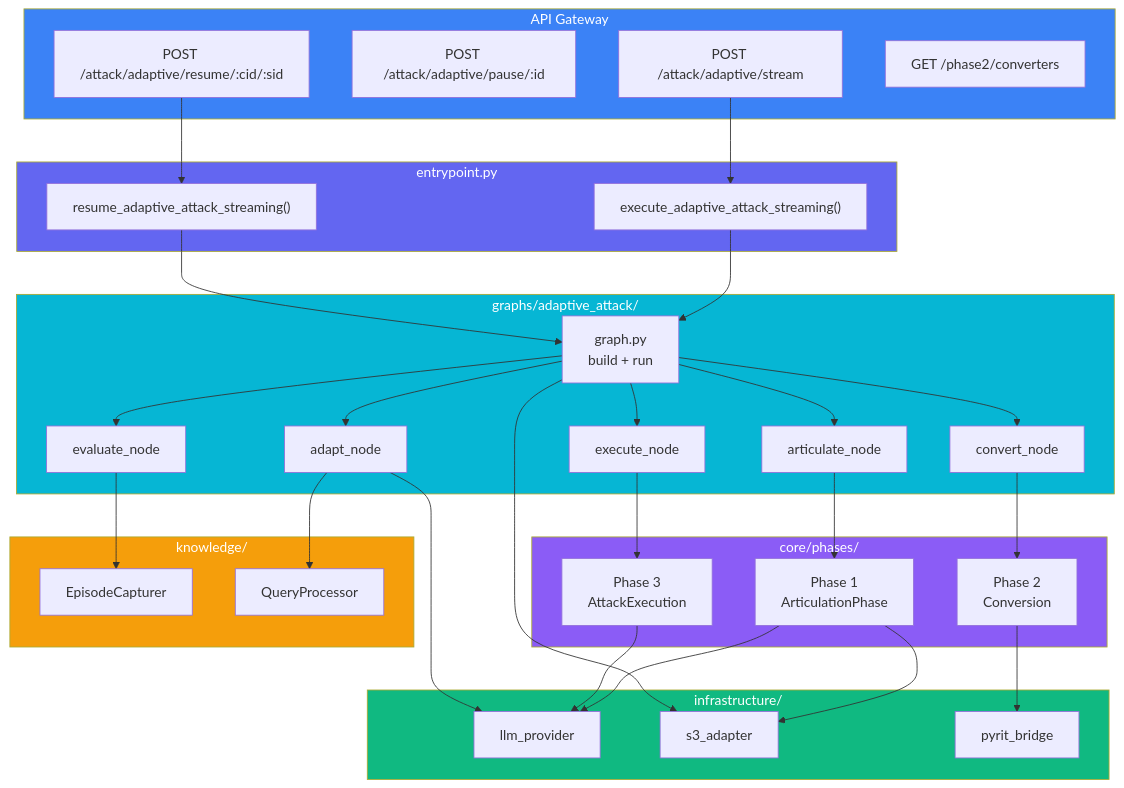
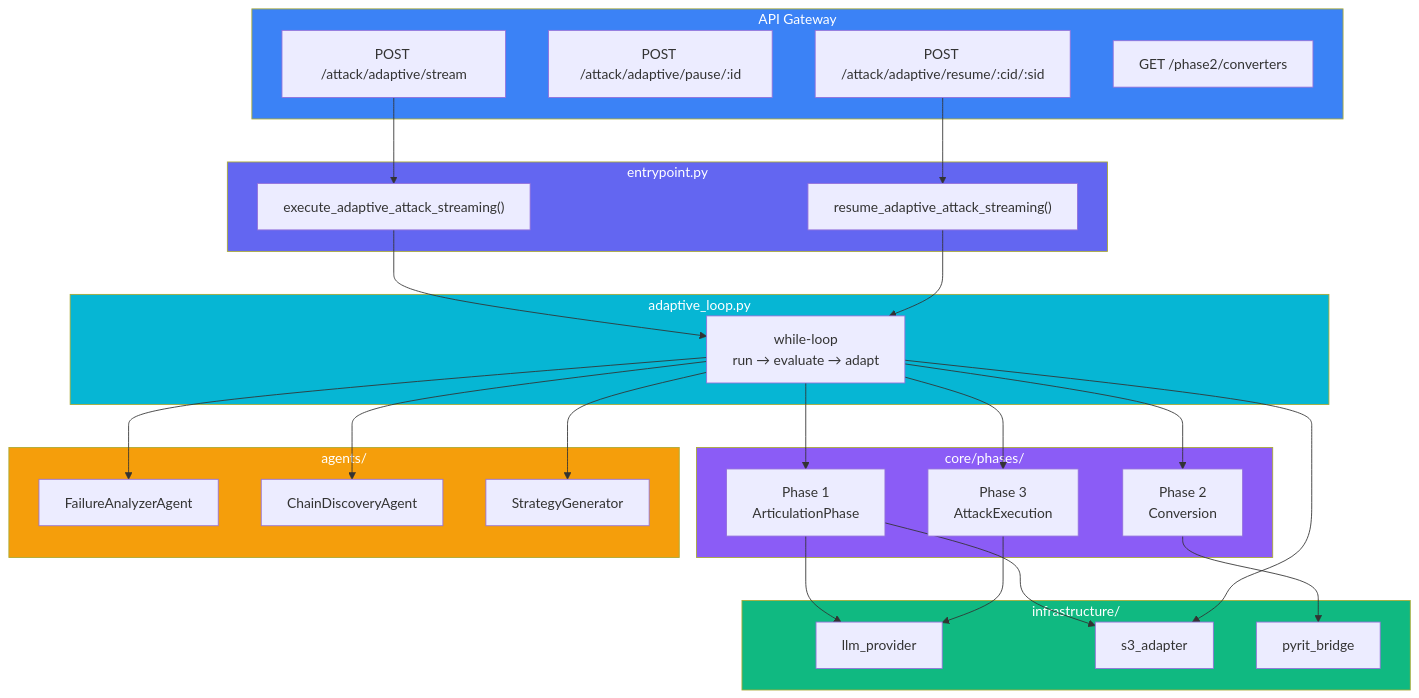
Before and after one commit to h19overflow/ASPEXA_AUTOMA: the first of 5 diagrams in services/snipers/README.md, drawn with Mermaid. The commit also changed other lines of this file and 42 other files, not shown here.

First line of the commit message:
Refactor adaptive attack nodes and state management

````diff
--- a/services/snipers/README.md
+++ b/services/snipers/README.md
@@ -96,64 +79,54 @@
 ```mermaid
 graph TD
     subgraph API["API Gateway"]
         R1["POST /attack/adaptive/stream"]
         R2["POST /attack/adaptive/pause/:id"]
         R3["POST /attack/adaptive/resume/:cid/:sid"]
         R4["GET /phase2/converters"]
     end
 
     subgraph ENT["entrypoint.py"]
         E1["execute_adaptive_attack_streaming()"]
         E2["resume_adaptive_attack_streaming()"]
     end
 
-    subgraph GRAPH["graphs/adaptive_attack/"]
-        G["graph.py<br/>build + run"]
-        N1["adapt_node"]
-        N2["articulate_node"]
-        N3["convert_node"]
-        N4["execute_node"]
-        N5["evaluate_node"]
+    subgraph LOOP["adaptive_loop.py"]
+        L["while-loop<br/>run → evaluate → adapt"]
     end
 
     subgraph CORE["core/phases/"]
         P1["Phase 1<br/>ArticulationPhase"]
         P2["Phase 2<br/>Conversion"]
         P3["Phase 3<br/>AttackExecution"]
     end
 
+    subgraph AGENTS["agents/"]
+        FA["FailureAnalyzerAgent"]
+        CD["ChainDiscoveryAgent"]
+        SG["StrategyGenerator"]
+    end
+
     subgraph INFRA["infrastructure/"]
         LLM["llm_provider"]
         S3["s3_adapter"]
         PY["pyrit_bridge"]
     end
 
-    subgraph KNOW["knowledge/"]
-        KC["EpisodeCapturer"]
-        KQ["QueryProcessor"]
-    end
-
     R1 --> E1
     R3 --> E2
-    E1 --> G
-    E2 --> G
-    G --> N1 & N2 & N3 & N4 & N5
-    N2 --> P1
-    N3 --> P2
-    N4 --> P3
-    P1 --> LLM
-    P1 --> S3
+    E1 --> L
+    E2 --> L
+    L --> P1 & P2 & P3
+    L --> FA & CD & SG
+    P1 --> LLM & S3
     P2 --> PY
     P3 --> LLM
-    N1 --> LLM
-    N5 --> KC
-    N1 --> KQ
-    G --> S3
+    L --> S3
 
     style API fill:#3b82f6,color:#fff
     style ENT fill:#6366f1,color:#fff
-    style GRAPH fill:#06b6d4,color:#fff
+    style LOOP fill:#06b6d4,color:#fff
     style CORE fill:#8b5cf6,color:#fff
+    style AGENTS fill:#f59e0b,color:#fff
     style INFRA fill:#10b981,color:#fff
-    style KNOW fill:#f59e0b,color:#fff
 ```
````
